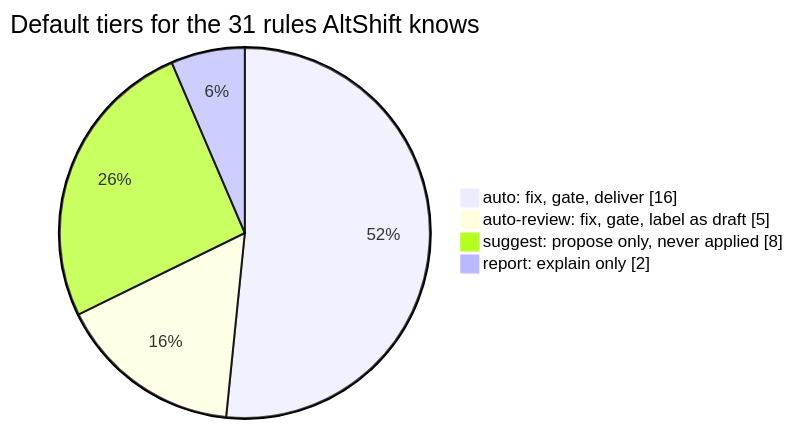
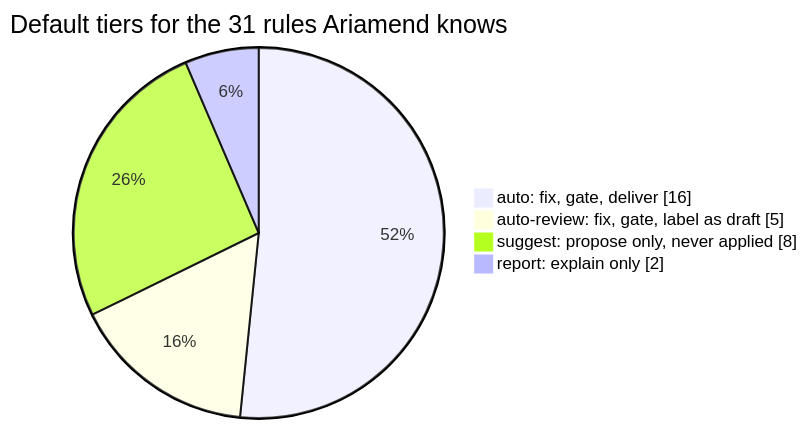
Before and after one commit to riz007/altshift: the third of 5 diagrams in README.md, drawn with Mermaid. The commit also changed other lines of this file and 107 other files, not shown here.

````diff
--- a/README.md
+++ b/README.md
@@ -72,7 +73,7 @@
 ```mermaid
-pie showData title Default tiers for the 31 rules AltShift knows
+pie showData title Default tiers for the 31 rules Ariamend knows
     "auto: fix, gate, deliver" : 16
     "auto-review: fix, gate, label as draft" : 5
     "suggest: propose only, never applied" : 8
     "report: explain only" : 2
 ```
````
